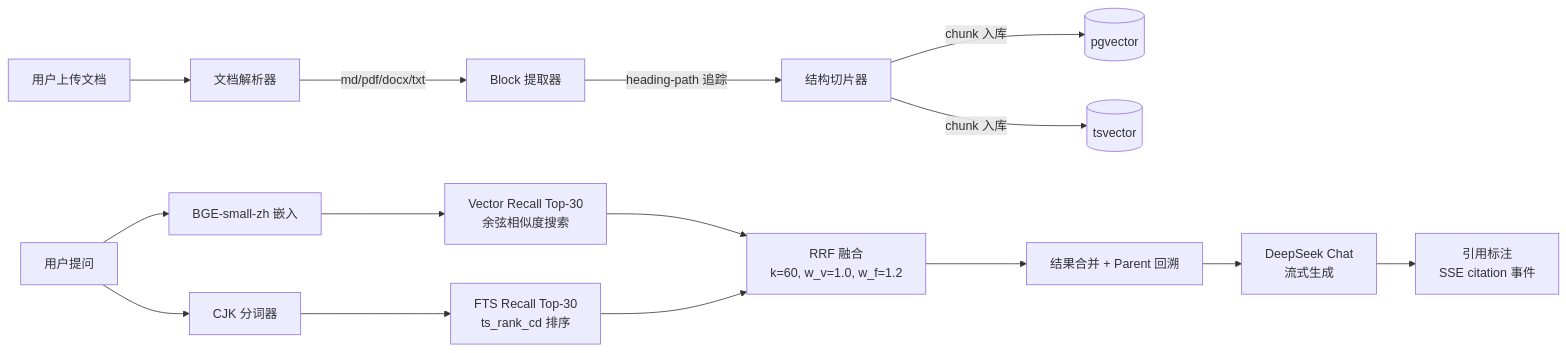
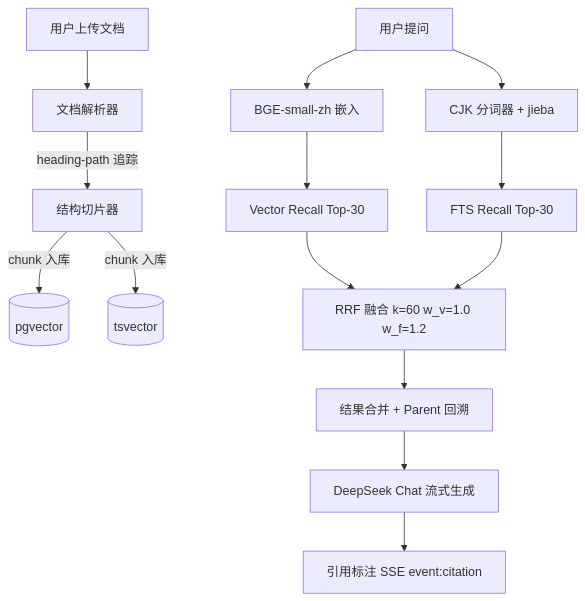
Before and after one commit to 1y4w1s/rag-knowledge-platform: the diagram in README.md, drawn with Mermaid. The commit also changed other lines of this file and 52 other files, not shown here.

````diff
--- a/README.md
+++ b/README.md
@@ -25,16 +200,15 @@
 ```mermaid
-flowchart LR
+flowchart TB
     U[用户上传文档] --> P[文档解析器]
-    P -->|md/pdf/docx/txt| B[Block 提取器]
-    B -->|heading-path 追踪| C[结构切片器]
-    C -->|chunk 入库| V[(pgvector)] & F[(tsvector)]
+    P -->|heading-path 追踪| C[结构切片器]
+    C -->|chunk 入库| V[(pgvector)] & T[(tsvector)]
     
     Q[用户提问] --> E[BGE-small-zh 嵌入]
-    Q --> CJ[CJK 分词器]
-    E --> VR[Vector Recall Top-30<br/>余弦相似度搜索]
-    CJ --> FR[FTS Recall Top-30<br/>ts_rank_cd 排序]
-    VR & FR --> RRF[RRF 融合<br/>k=60, w_v=1.0, w_f=1.2]
+    Q --> CJ[CJK 分词器 + jieba]
+    E --> VR[Vector Recall Top-30]
+    CJ --> FR[FTS Recall Top-30]
+    VR & FR --> RRF[RRF 融合 k=60 w_v=1.0 w_f=1.2]
     RRF --> RE[结果合并 + Parent 回溯]
-    RE --> LLM[DeepSeek Chat<br/>流式生成]
-    LLM --> CIT[引用标注<br/>SSE citation 事件]
+    RE --> LLM[DeepSeek Chat 流式生成]
+    LLM --> CIT[引用标注 SSE event:citation]
 ```
````
